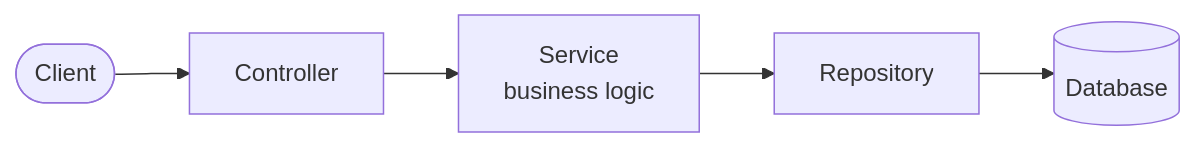
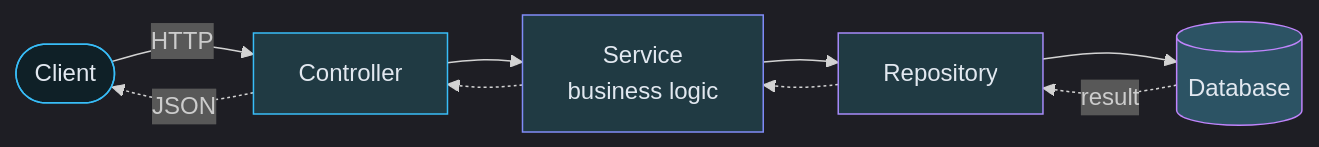
One commit to Adityanaik1818/Adityanaik1818 changed the fifth of 6 diagrams in ReadMe.md. Above: the diagram before and after it, drawn with Mermaid. The commit also changed other lines of this file, not shown here.

````diff
--- a/ReadMe.md
+++ b/ReadMe.md
@@ -34,7 +267,17 @@
 ```mermaid
+%%{init: {'theme':'dark'}}%%
 flowchart LR
-    A([Client]) --> B[Controller]
+    A([Client]) -->|HTTP| B[Controller]
     B --> C[Service<br/>business logic]
     C --> D[Repository]
     D --> E[(Database)]
+    E -.->|result| D
+    D -.-> C
+    C -.-> B
+    B -.->|JSON| A
+    style A fill:#0f2027,stroke:#38bdf8,color:#e2e8f0
+    style B fill:#203a43,stroke:#38bdf8,color:#e2e8f0
+    style C fill:#203a43,stroke:#818cf8,color:#e2e8f0
+    style D fill:#203a43,stroke:#a78bfa,color:#e2e8f0
+    style E fill:#2c5364,stroke:#c084fc,color:#e2e8f0
 ```
````
